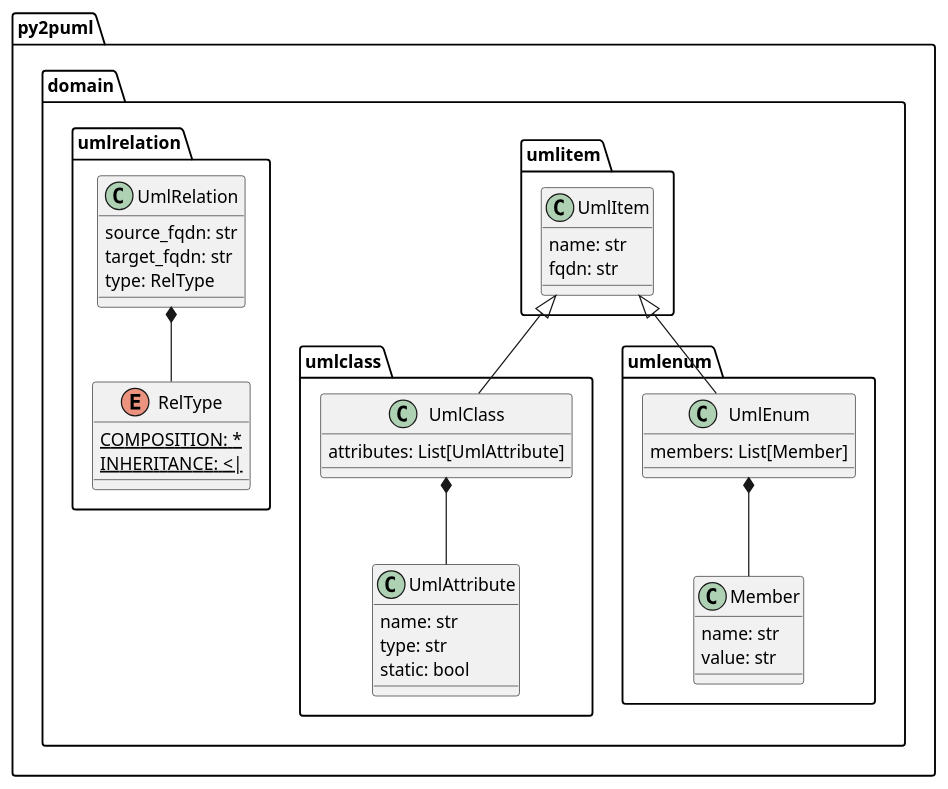
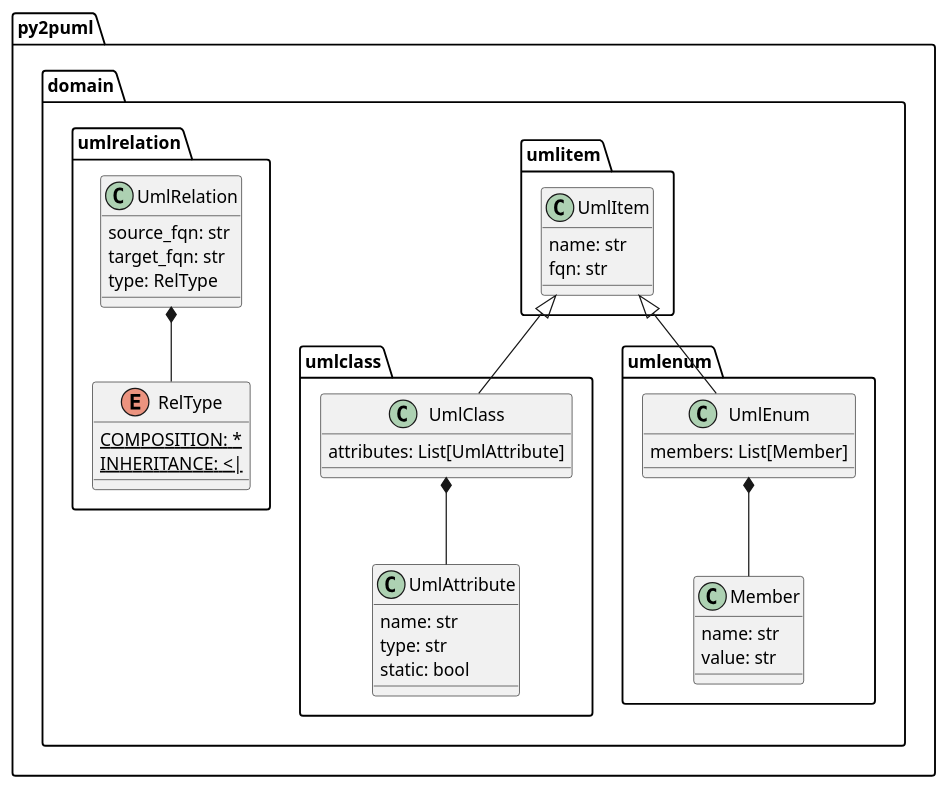
One commit to lucsorel/py2puml changed the diagram in README.md. Above: the diagram before and after it, drawn with PlantUML. The commit also changed other lines of this file and 20 other files, not shown here.

````diff
--- a/README.md
+++ b/README.md
@@ -74,37 +77,37 @@
 ```plantuml
 @startuml
 class py2puml.domain.umlclass.UmlAttribute {
   name: str
   type: str
   static: bool
 }
 class py2puml.domain.umlclass.UmlClass {
   attributes: List[UmlAttribute]
 }
 class py2puml.domain.umlitem.UmlItem {
   name: str
-  fqdn: str
+  fqn: str
 }
 class py2puml.domain.umlenum.Member {
   name: str
   value: str
 }
 class py2puml.domain.umlenum.UmlEnum {
   members: List[Member]
 }
 enum py2puml.domain.umlrelation.RelType {
   COMPOSITION: * {static}
   INHERITANCE: <| {static}
 }
 class py2puml.domain.umlrelation.UmlRelation {
-  source_fqdn: str
-  target_fqdn: str
+  source_fqn: str
+  target_fqn: str
   type: RelType
 }
 py2puml.domain.umlclass.UmlClass *-- py2puml.domain.umlclass.UmlAttribute
 py2puml.domain.umlitem.UmlItem <|-- py2puml.domain.umlclass.UmlClass
 py2puml.domain.umlenum.UmlEnum *-- py2puml.domain.umlenum.Member
 py2puml.domain.umlitem.UmlItem <|-- py2puml.domain.umlenum.UmlEnum
 py2puml.domain.umlrelation.UmlRelation *-- py2puml.domain.umlrelation.RelType
 @enduml
 ```
````
